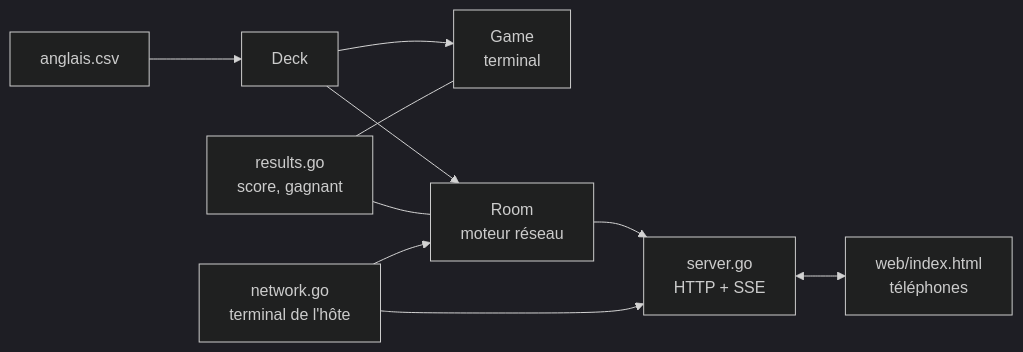
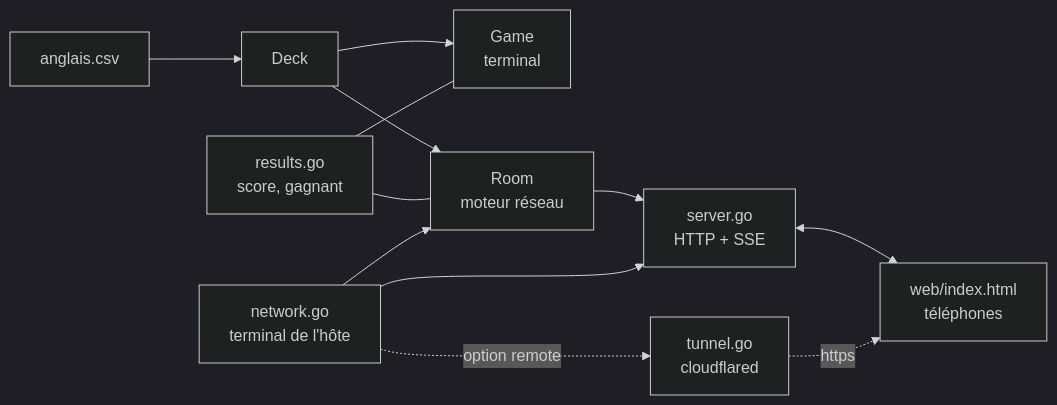
One commit to sebastienD/ask-me changed the first of 3 diagrams in docs/ARCHITECTURE.md. Above: the diagram before and after it, drawn with Mermaid (dark theme). The commit also changed other lines of this file and 6 other files, not shown here.

````diff
--- a/docs/ARCHITECTURE.md
+++ b/docs/ARCHITECTURE.md
@@ -12,12 +13,14 @@
 ```mermaid
 flowchart LR
     CSV[anglais.csv] --> Deck
     Deck --> Game[Game<br/>terminal]
     Deck --> Room[Room<br/>moteur réseau]
     Results[results.go<br/>score, gagnant] --- Game
     Results --- Room
     Room --> Server[server.go<br/>HTTP + SSE]
     Server <--> Phones[web/index.html<br/>téléphones]
     Network[network.go<br/>terminal de l'hôte] --> Room
     Network --> Server
+    Network -. option remote .-> Tunnel[tunnel.go<br/>cloudflared]
+    Tunnel -. https .-> Phones
 ```
````
